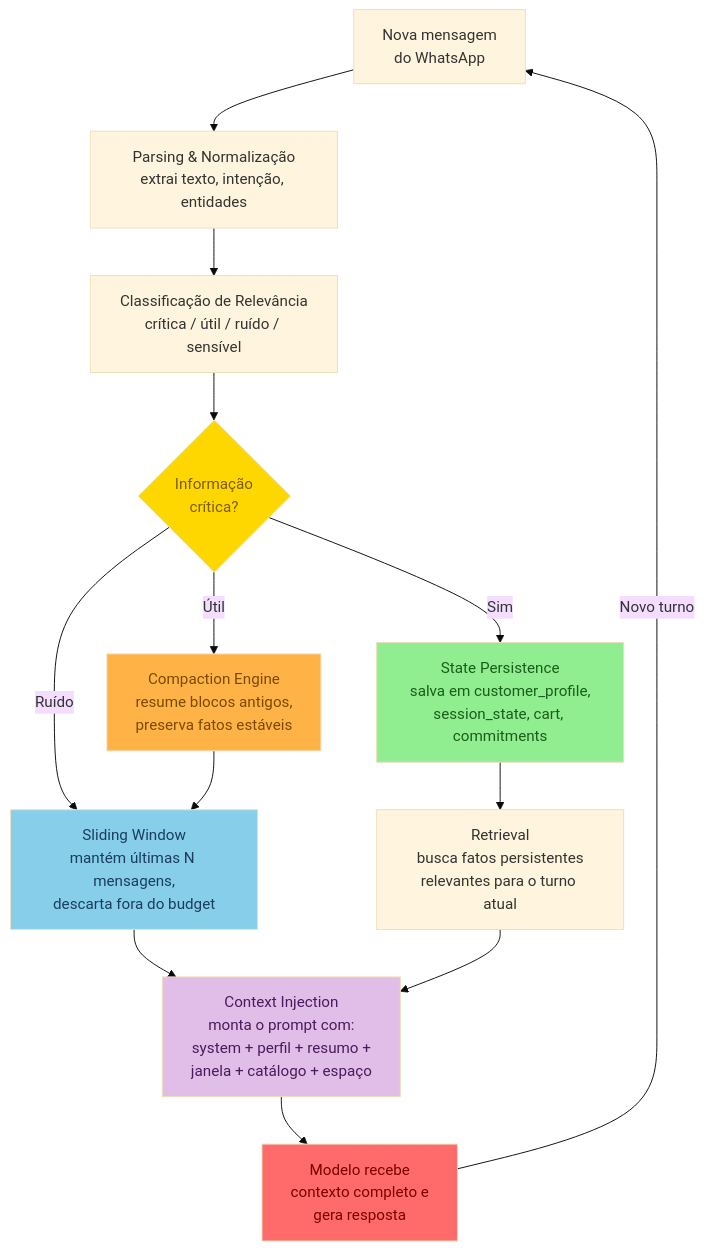
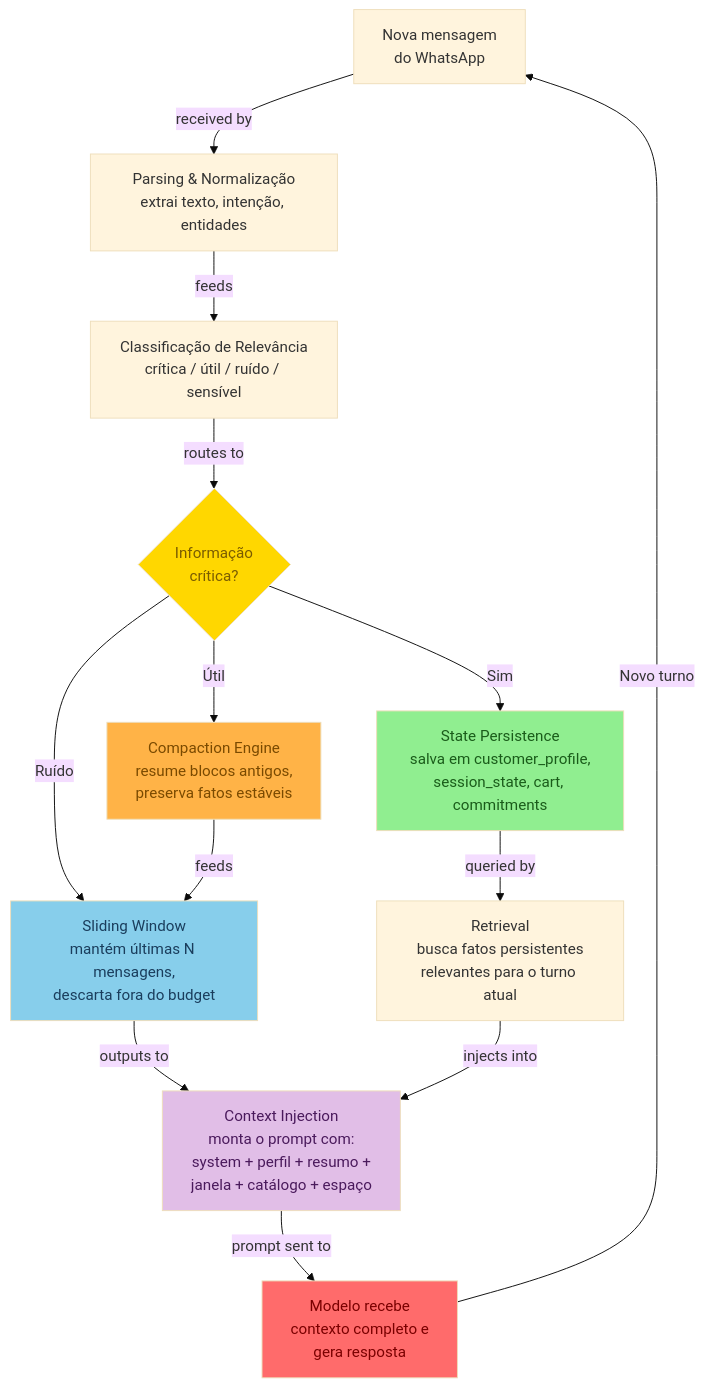
One commit to pavani06/long-running-agents changed the seventh of 15 diagrams in curriculum/08-tools-templates/knowledge-graph-template.md. Above: the diagram before and after it, drawn with Mermaid (base theme). The commit also changed other lines of this file, not shown here.

````diff
--- a/curriculum/08-tools-templates/knowledge-graph-template.md
+++ b/curriculum/08-tools-templates/knowledge-graph-template.md
@@ -1049,33 +1049,33 @@
 ```mermaid
 flowchart TD
     MSG["Nova mensagem\ndo WhatsApp"]
     PARSE["Parsing & Normalização\nextrai texto, intenção, entidades"]
     CLASS["Classificação de Relevância\ncrítica / útil / ruído / sensível"]
     CRIT{"Informação\ncrítica?"}
     COMP["Compaction Engine\nresume blocos antigos,\npreserva fatos estáveis"]
     WINDOW["Sliding Window\nmantém últimas N mensagens,\ndescarta fora do budget"]
     PERSIST["State Persistence\nsalva em customer_profile,\nsession_state, cart, commitments"]
     RETRIEVE["Retrieval\nbusca fatos persistentes\nrelevantes para o turno atual"]
     INJECT["Context Injection\nmonta o prompt com:\nsystem + perfil + resumo +\njanela + catálogo + espaço"]
     MODEL["Modelo recebe\ncontexto completo e\ngera resposta"]
     
-    MSG --> PARSE
-    PARSE --> CLASS
-    CLASS --> CRIT
+    MSG -->|received by| PARSE
+    PARSE -->|feeds| CLASS
+    CLASS -->|routes to| CRIT
     CRIT -->|Sim| PERSIST
     CRIT -->|Útil| COMP
     CRIT -->|Ruído| WINDOW
-    COMP --> WINDOW
-    WINDOW --> INJECT
-    PERSIST --> RETRIEVE
-    RETRIEVE --> INJECT
-    INJECT --> MODEL
+    COMP -->|feeds| WINDOW
+    WINDOW -->|outputs to| INJECT
+    PERSIST -->|queried by| RETRIEVE
+    RETRIEVE -->|injects into| INJECT
+    INJECT -->|prompt sent to| MODEL
     MODEL -->|Novo turno| MSG
     
     style CRIT fill:#FFD700,color:#7a5c00
     style COMP fill:#FFB347,color:#7a4a00
     style WINDOW fill:#87CEEB,color:#1a3d5c
     style PERSIST fill:#90EE90,color:#1a5c1a
     style INJECT fill:#E1BEE7,color:#4a1a5c
     style MODEL fill:#FF6B6B,color:#7a0000
 ```
````
